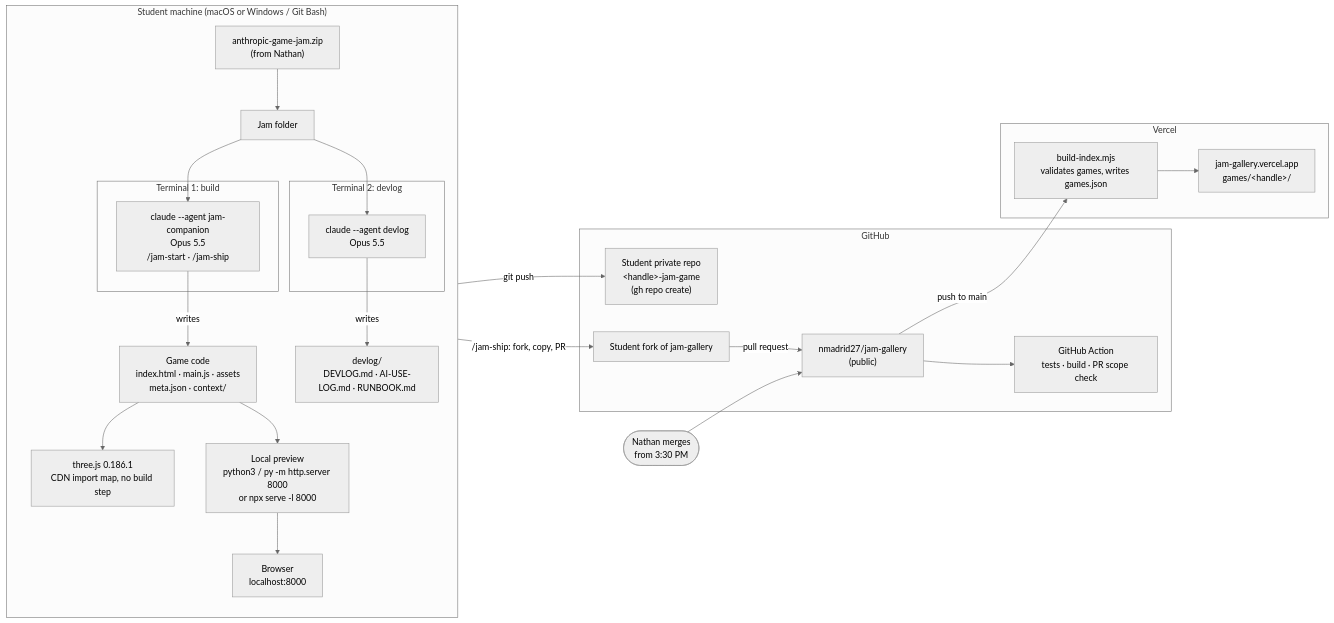
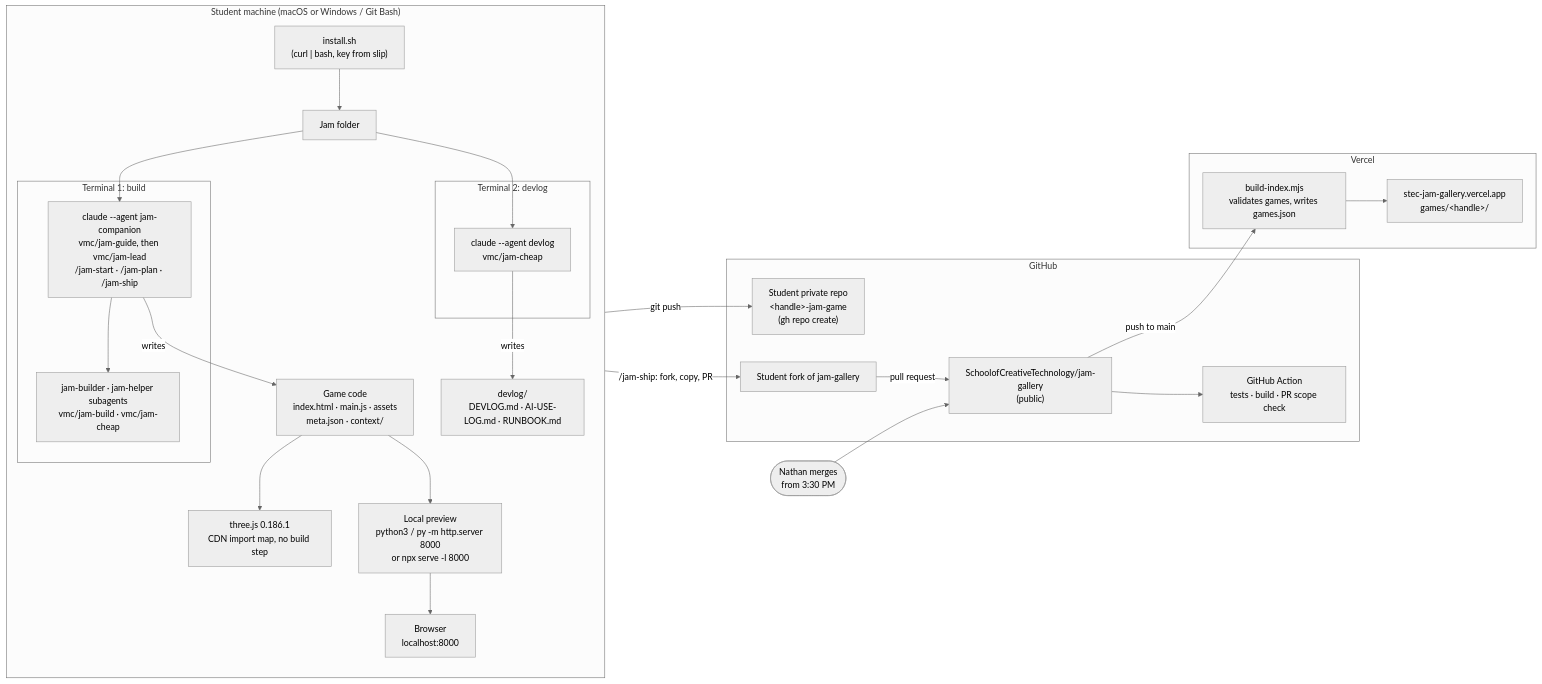
The diagram in STACK.md (SchoolofCreativeTechnology/anthropic-game-jam), drawn with Mermaid (neutral theme) before and after one commit. The commit also changed other lines of this file and 25 other files, not shown here.

````diff
--- a/STACK.md
+++ b/STACK.md
@@ -5,39 +5,41 @@
 ```mermaid
 flowchart LR
   subgraph Student["Student machine (macOS or Windows / Git Bash)"]
     direction TB
-    Zip["anthropic-game-jam.zip<br/>(from Nathan)"] --> Folder["Jam folder"]
+    Zip["install.sh<br/>(curl | bash, key from slip)"] --> Folder["Jam folder"]
     subgraph T1["Terminal 1: build"]
-      Companion["claude --agent jam-companion<br/>Opus 5.5<br/>/jam-start · /jam-ship"]
+      Companion["claude --agent jam-companion<br/>vmc/jam-guide, then vmc/jam-lead<br/>/jam-start · /jam-plan · /jam-ship"]
+      Builders["jam-builder · jam-helper subagents<br/>vmc/jam-build · vmc/jam-cheap"]
+      Companion --> Builders
     end
     subgraph T2["Terminal 2: devlog"]
-      Devlog["claude --agent devlog<br/>Opus 5.5"]
+      Devlog["claude --agent devlog<br/>vmc/jam-cheap"]
     end
     Folder --> Companion
     Folder --> Devlog
     Companion -- writes --> Game["Game code<br/>index.html · main.js · assets<br/>meta.json · context/"]
     Devlog -- writes --> Log["devlog/<br/>DEVLOG.md · AI-USE-LOG.md · RUNBOOK.md"]
     Game --> Three["three.js 0.186.1<br/>CDN import map, no build step"]
     Game --> Serve["Local preview<br/>python3 / py -m http.server 8000<br/>or npx serve -l 8000"]
     Serve --> Browser["Browser<br/>localhost:8000"]
   end
 
   subgraph GH["GitHub"]
     Private["Student private repo<br/>&lt;handle&gt;-jam-game<br/>(gh repo create)"]
     Fork["Student fork of jam-gallery"]
-    Gallery["nmadrid27/jam-gallery<br/>(public)"]
+    Gallery["SchoolofCreativeTechnology/jam-gallery<br/>(public)"]
     CI["GitHub Action<br/>tests · build · PR scope check"]
   end
 
   subgraph Vercel["Vercel"]
     Build["build-index.mjs<br/>validates games, writes games.json"]
-    Site["jam-gallery.vercel.app<br/>games/&lt;handle&gt;/"]
+    Site["stec-jam-gallery.vercel.app<br/>games/&lt;handle&gt;/"]
   end
 
   Companion -- git push --> Private
   Companion -- "/jam-ship: fork, copy, PR" --> Fork
   Fork -- pull request --> Gallery
   Gallery --> CI
   Nathan(["Nathan merges<br/>from 3:30 PM"]) --> Gallery
   Gallery -- push to main --> Build --> Site
 ```
````
